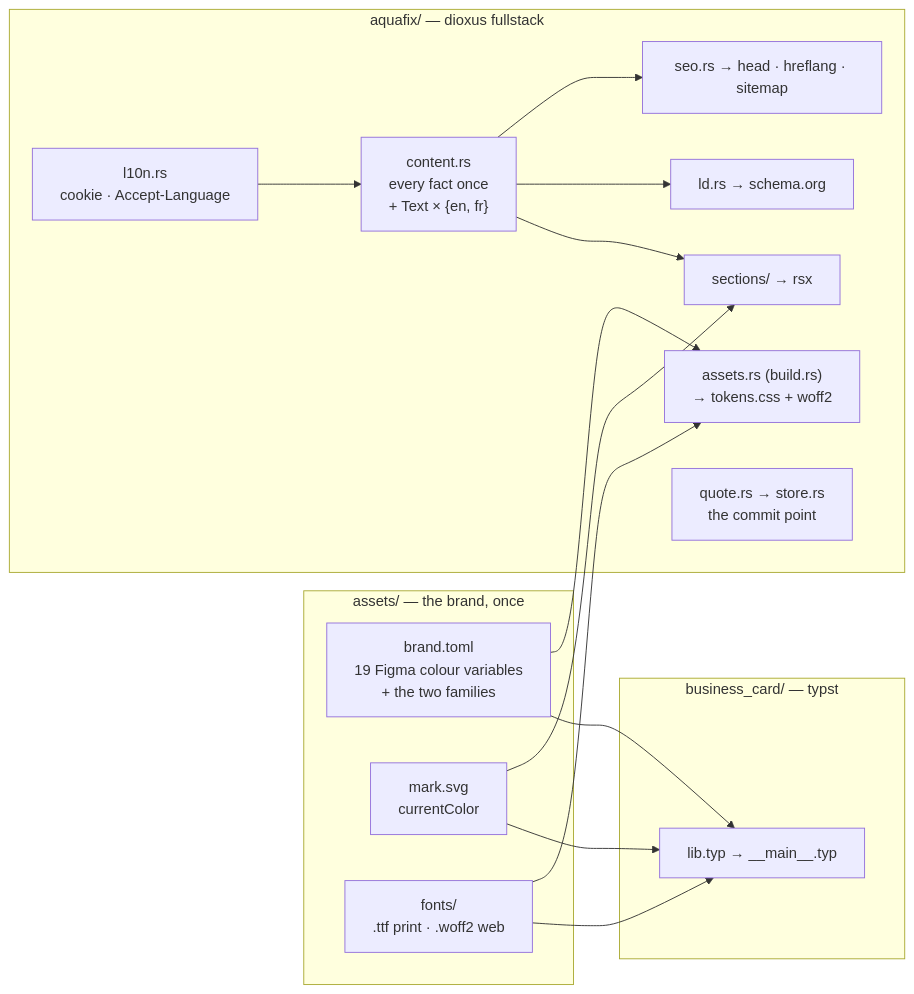
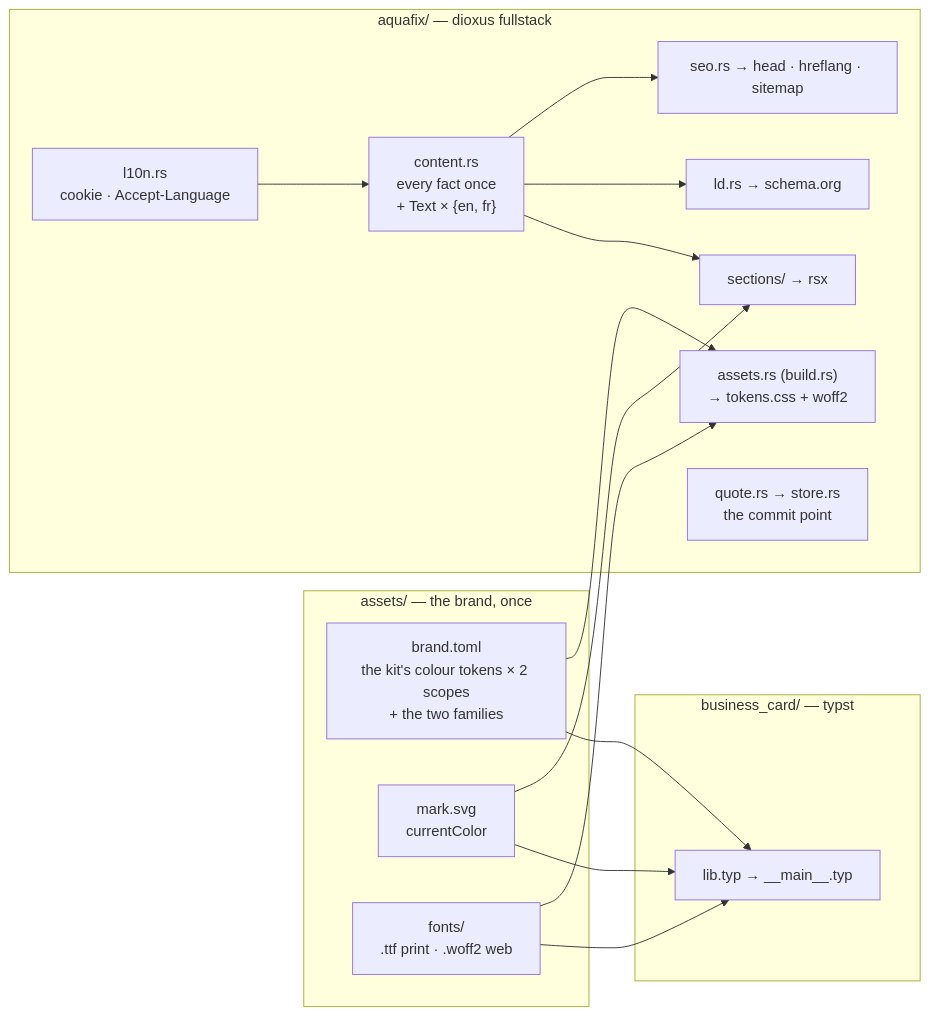
Before and after one commit to Service-Arb/aquafix: the diagram in docs/ARCHITECTURE.md, drawn with Mermaid. The commit also changed other lines of this file and 67 other files, not shown here.

````diff
--- a/docs/ARCHITECTURE.md
+++ b/docs/ARCHITECTURE.md
@@ -8,26 +8,26 @@
 ```mermaid
 flowchart LR
     subgraph shared["assets/ — the brand, once"]
-      B["brand.toml<br/>19 Figma colour variables<br/>+ the two families"]
+      B["brand.toml<br/>the kit's colour tokens × 2 scopes<br/>+ the two families"]
       M["mark.svg<br/>currentColor"]
       F["fonts/<br/>.ttf print · .woff2 web"]
     end
     subgraph card["business_card/ — typst"]
       C["lib.typ → __main__.typ"]
     end
     subgraph site["aquafix/ — dioxus fullstack"]
       T["assets.rs (build.rs)<br/>→ tokens.css + woff2"]
       K["content.rs<br/>every fact once<br/>+ Text × {en, fr}"]
       K --> R["sections/ → rsx"]
       K --> L["ld.rs → schema.org"]
       K --> S["seo.rs → head · hreflang · sitemap"]
       N["l10n.rs<br/>cookie · Accept-Language"] --> K
       Q["quote.rs → store.rs<br/>the commit point"]
     end
     B --> C
     M --> C
     F --> C
     B --> T
     M --> R
     F --> T
 ```
````
